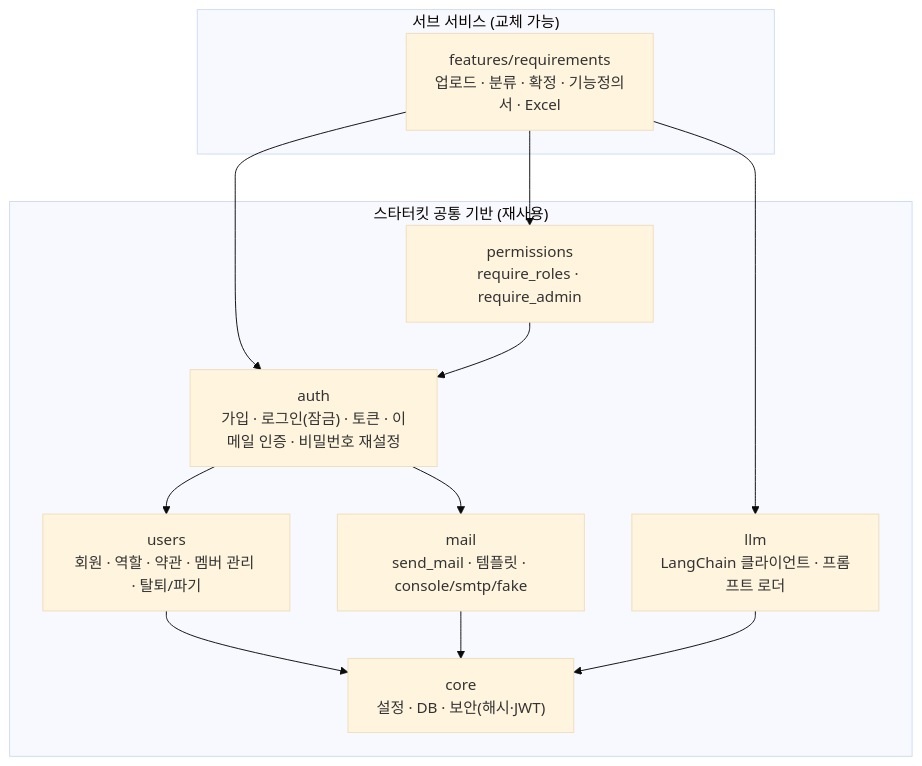
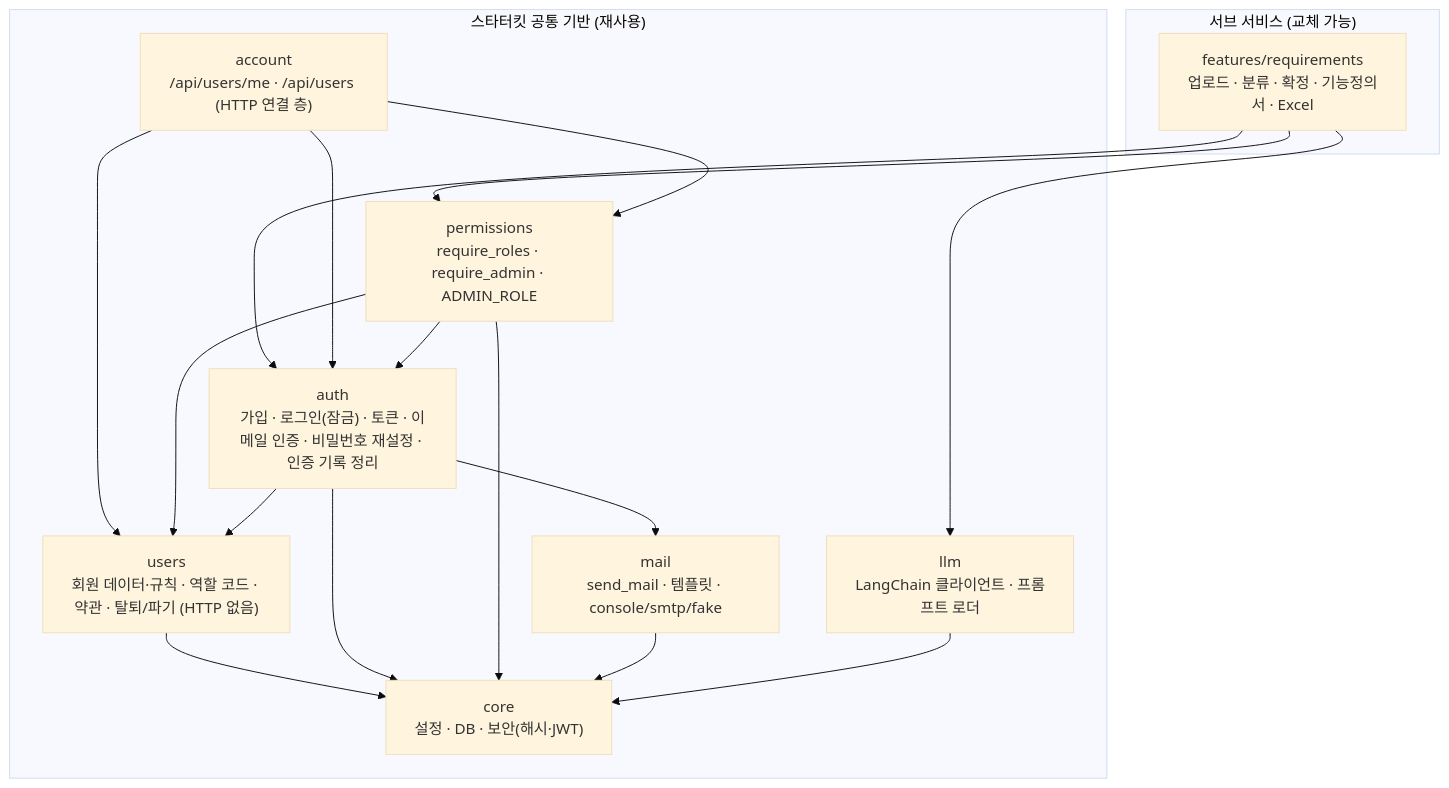
The diagram in docs/architecture.md (SNACKCUP/meerkit-snack), drawn with Mermaid (base theme) before and after one commit. The commit also changed other lines of this file and 20 other files, not shown here.

First line of the commit message:
refactor(backend): 공통 모듈 의존을 한 방향으로 정리 (core ← users ← auth ← permissions ← account)

````diff
--- a/docs/architecture.md
+++ b/docs/architecture.md
@@ -14,23 +14,30 @@
 ```mermaid
 flowchart TB
     subgraph KIT["스타터킷 공통 기반 (재사용)"]
         core["core<br/>설정 · DB · 보안(해시·JWT)"]
-        users["users<br/>회원 · 역할 · 약관 · 멤버 관리 · 탈퇴/파기"]
-        auth["auth<br/>가입 · 로그인(잠금) · 토큰 · 이메일 인증 · 비밀번호 재설정"]
-        perm["permissions<br/>require_roles · require_admin"]
+        users["users<br/>회원 데이터·규칙 · 역할 코드 · 약관 · 탈퇴/파기 (HTTP 없음)"]
+        auth["auth<br/>가입 · 로그인(잠금) · 토큰 · 이메일 인증 · 비밀번호 재설정 · 인증 기록 정리"]
+        perm["permissions<br/>require_roles · require_admin · ADMIN_ROLE"]
+        account["account<br/>/api/users/me · /api/users (HTTP 연결 층)"]
         llm["llm<br/>LangChain 클라이언트 · 프롬프트 로더"]
         mail["mail<br/>send_mail · 템플릿 · console/smtp/fake"]
     end
     subgraph FEAT["서브 서비스 (교체 가능)"]
         req["features/requirements<br/>업로드 · 분류 · 확정 · 기능정의서 · Excel"]
     end
     req --> perm
     req --> auth
     req --> llm
+    account --> perm
+    account --> auth
+    account --> users
     perm --> auth
+    perm --> users
     auth --> users
     auth --> mail
     users --> core
+    auth --> core
+    perm --> core
     mail --> core
     llm --> core
 ```
````
